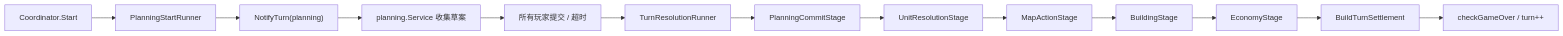
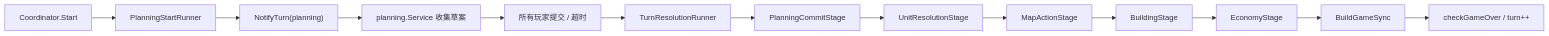
The first of 2 diagrams in docs/SERVER_RUNTIME_ARCHITECTURE.md (elebirds/panoptes), drawn with Mermaid before and after one commit. The commit also changed other lines of this file and 65 other files, not shown here.

````diff
--- a/docs/SERVER_RUNTIME_ARCHITECTURE.md
+++ b/docs/SERVER_RUNTIME_ARCHITECTURE.md
@@ -35,15 +35,15 @@
 ```mermaid
 flowchart LR
     A["Coordinator.Start"] --> B["PlanningStartRunner"]
     B --> C["NotifyTurn(planning)"]
     C --> D["planning.Service 收集草案"]
     D --> E["所有玩家提交 / 超时"]
     E --> F["TurnResolutionRunner"]
     F --> G["PlanningCommitStage"]
     G --> H["UnitResolutionStage"]
     H --> I["MapActionStage"]
     I --> J["BuildingStage"]
     J --> K["EconomyStage"]
-    K --> L["BuildTurnSettlement"]
+    K --> L["BuildGameSync"]
     L --> M["checkGameOver / turn++"]
 ```
````
